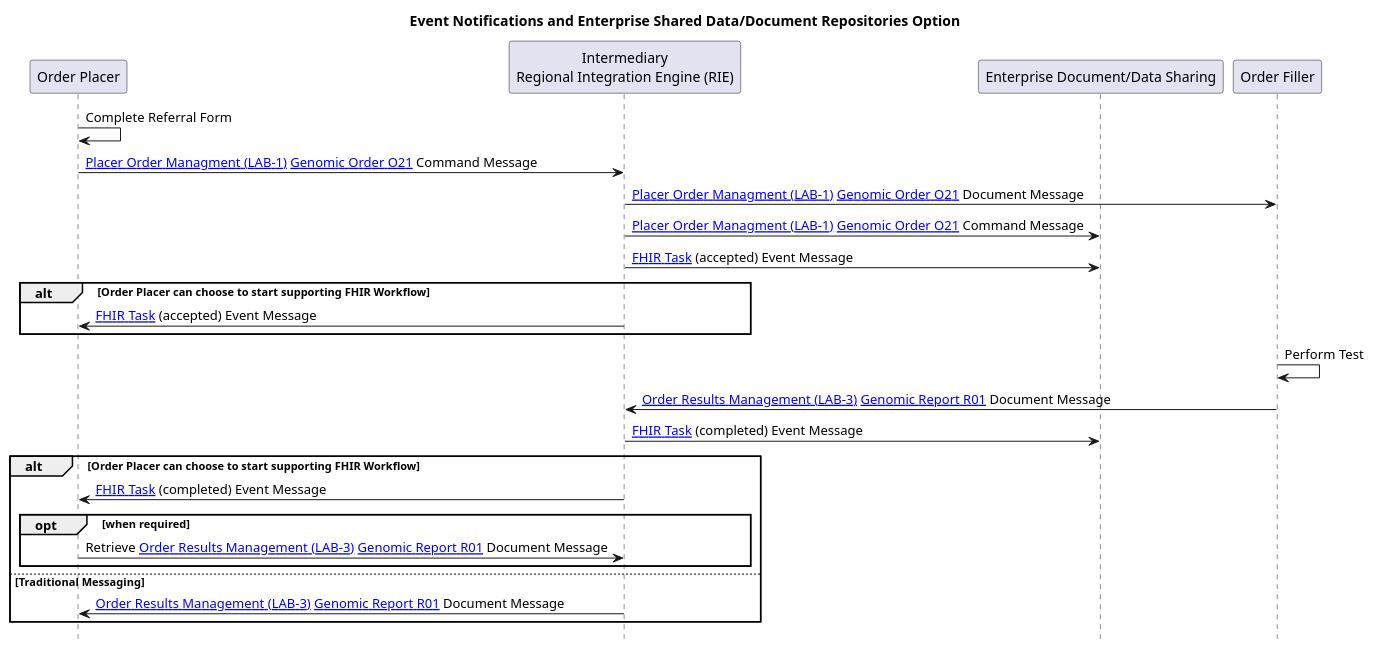
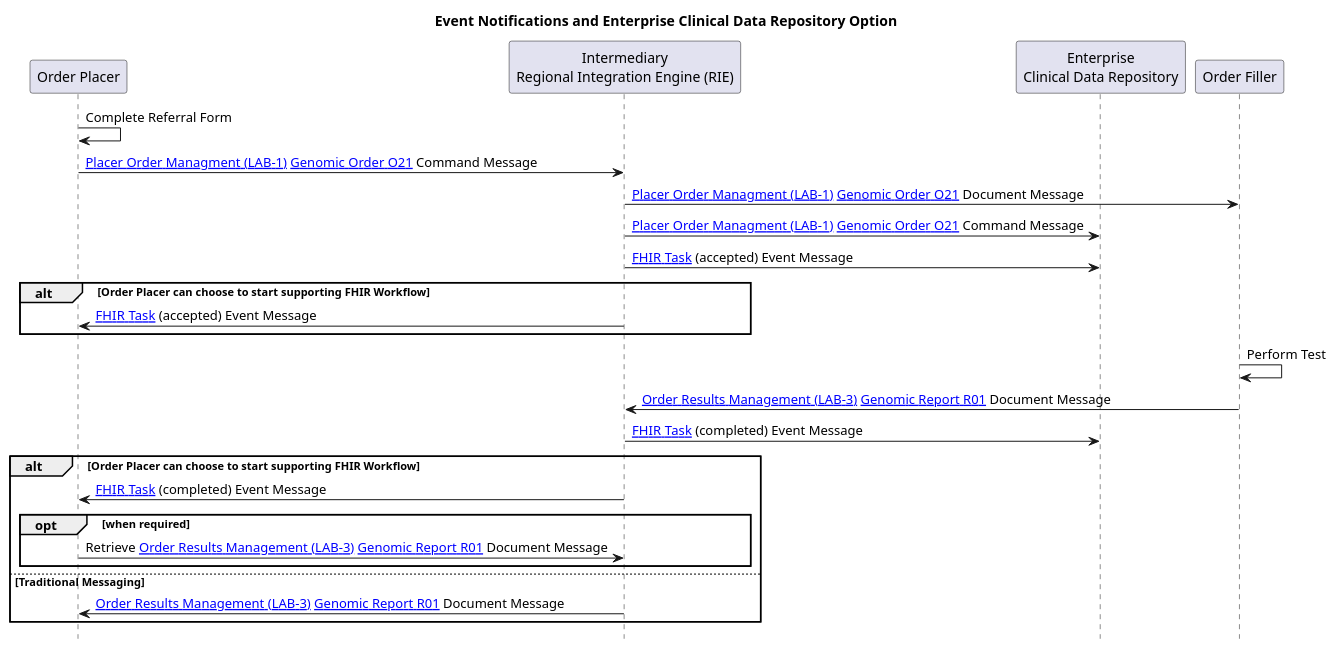
One commit to nw-gmsa/nw-gmsa.github.com changed the diagram in input/images-source/LTW-cdr-sequence.plantuml. Above: the diagram before and after it, drawn with PlantUML. The commit also changed 1 other file, not shown here.

```diff
--- a/input/images-source/LTW-cdr-sequence.plantuml
+++ b/input/images-source/LTW-cdr-sequence.plantuml
@@ -1,37 +1,36 @@
 @startuml
 
 skinparam svgDimensionStyle false
 
 hide footbox
 
-title "Event Notifications and Enterprise Shared Data/Document Repositories Option"
+title "Event Notifications and Enterprise Clinical Data Repository Option"
 
 participant "Order Placer" as EPR
 participant "Intermediary\nRegional Integration Engine (RIE)" as TIE
-participant "Enterprise Document/Data Sharing" as CDR
+participant "Enterprise\nClinical Data Repository" as CDR
 participant "Order Filler" as LIMS
 
 
 EPR -> EPR: Complete Referral Form
 EPR -> TIE: [[LAB-1.html Placer Order Managment (LAB-1)]] [[DDD-TestOrder.html Genomic Order O21]] Command Message
 TIE -> LIMS: [[LAB-1.html Placer Order Managment (LAB-1)]] [[DDD-TestOrder.html Genomic Order O21]] Document Message
 TIE -> CDR: [[LAB-1.html Placer Order Managment (LAB-1)]] [[DDD-TestOrder.html Genomic Order O21]] Command Message
 TIE -> CDR: [[StructureDefinition-Task.html FHIR Task]] (accepted) Event Message
 alt Order Placer can choose to start supporting FHIR Workflow
 TIE -> EPR: [[StructureDefinition-Task.html FHIR Task]] (accepted) Event Message
 end
 LIMS -> LIMS: Perform Test
 
 LIMS -> TIE: [[LAB-3.html Order Results Management (LAB-3)]] [[DDD-TestReport.html Genomic Report R01]] Document Message
 TIE -> CDR: [[StructureDefinition-Task.html FHIR Task]] (completed) Event Message
 alt Order Placer can choose to start supporting FHIR Workflow
 TIE -> EPR: [[StructureDefinition-Task.html FHIR Task]] (completed) Event Message
 opt when required
   EPR -> TIE: Retrieve [[LAB-3.html Order Results Management (LAB-3)]] [[DDD-TestReport.html Genomic Report R01]] Document Message
 end
 else Traditional Messaging
 TIE -> EPR: [[LAB-3.html Order Results Management (LAB-3)]] [[DDD-TestReport.html Genomic Report R01]] Document Message
 end
 
-
 @enduml
```
